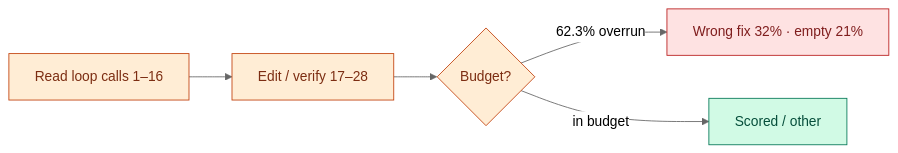
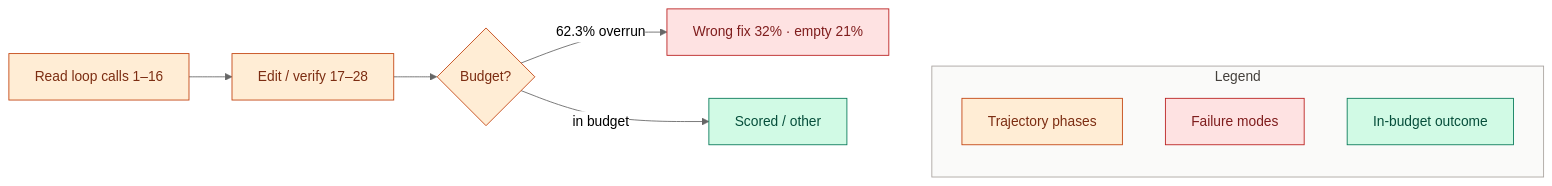
The sixth of 7 diagrams in docs/wiki/Architecture.md (khaosans/noisegate-gemma4-factory), drawn with Mermaid (neutral theme) before and after one commit. The commit also changed other lines of this file and 4 other files, not shown here.

First line of the commit message:
docs: move Mermaid color legends into diagram subgraphs

````diff
--- a/docs/wiki/Architecture.md
+++ b/docs/wiki/Architecture.md
@@ -181,14 +207,23 @@
 ```mermaid
 flowchart LR
   Read[Read loop calls 1–16] --> Edit[Edit / verify 17–28]
   Edit --> Out{Budget?}
   Out -->|62.3% overrun| Fail[Wrong fix 32% · empty 21%]
   Out -->|in budget| Ok[Scored / other]
 
+  subgraph Legend["Legend"]
+    direction TB
+    LegP[Trajectory phases]
+    LegX[Failure modes]
+    LegOk[In-budget outcome]
+  end
+  Ok ~~~ LegP
+
   classDef product fill:#FFEDD5,stroke:#C2410C,color:#7C2D12
   classDef fail fill:#FEE2E2,stroke:#B91C1C,color:#7F1D1D
   classDef ok fill:#D1FAE5,stroke:#047857,color:#064E3B
-  class Read,Edit,Out product
-  class Fail fail
-  class Ok ok
+  class Read,Edit,Out,LegP product
+  class Fail,LegX fail
+  class Ok,LegOk ok
+  style Legend fill:#FAFAF9,stroke:#A8A29E,color:#44403C
 ```
````
